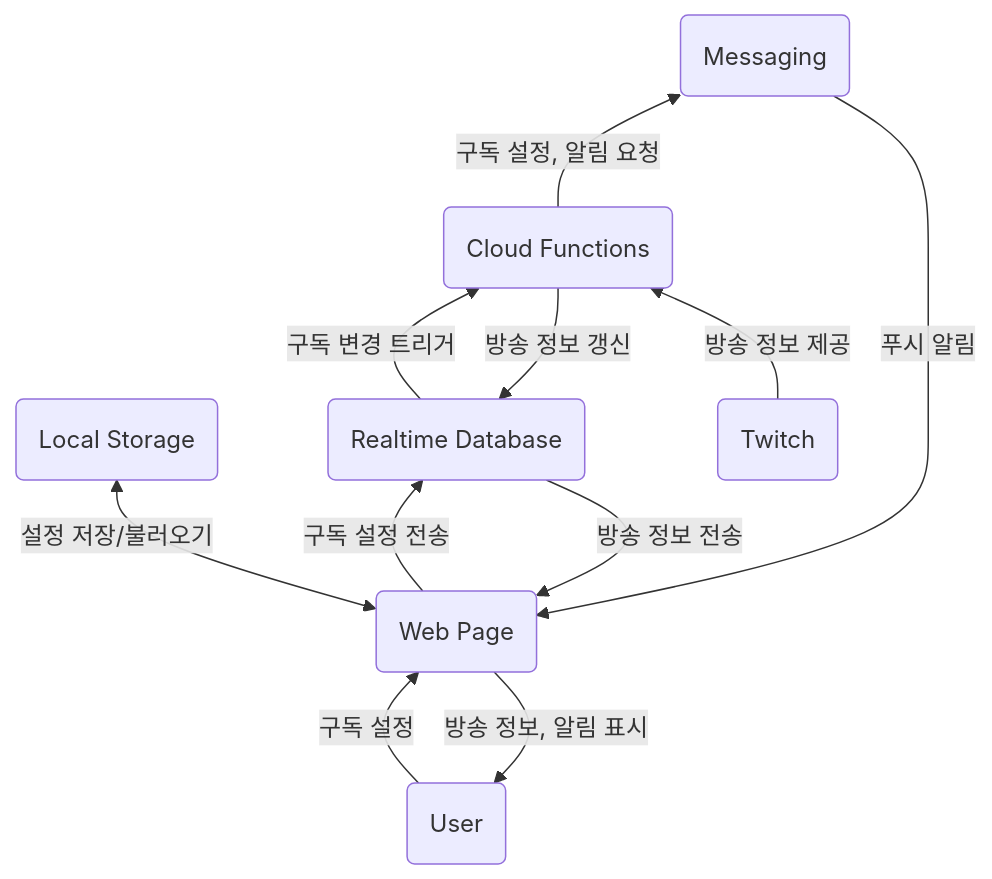
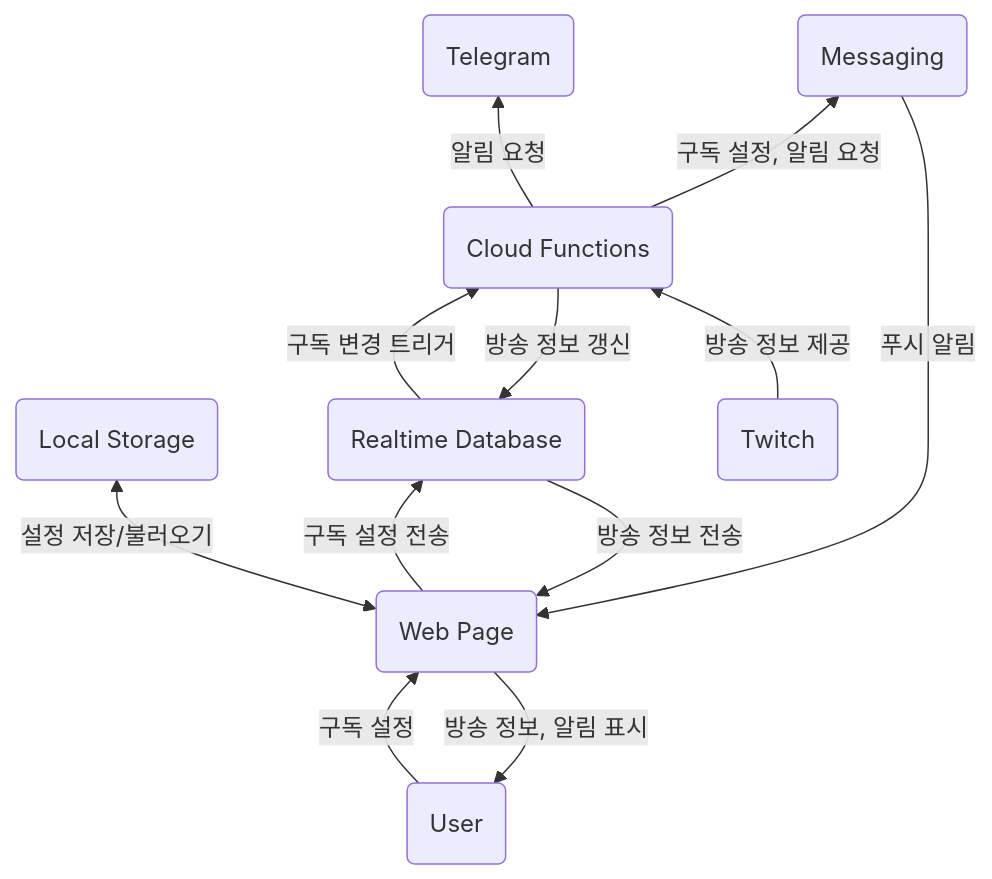
The diagram in README.md (NeuroWhAI/isekaidol-stream-noti), drawn with Mermaid before and after one commit. The commit also changed other lines of this file, not shown here.

Commit message:
📝 Add the Telegram channels to readme

````diff
--- a/README.md
+++ b/README.md
@@ -26,18 +37,19 @@
 ```mermaid
 flowchart BT
     U(User) -- 구독 설정 --> P(Web Page)
     P -- 방송 정보, 알림 표시 --> U
     
     P <-- 설정 저장/불러오기 --> S(Local Storage)
     
     P -- 구독 설정 전송 --> DB(Realtime Database)
     DB -- 방송 정보 전송 --> P
 
     DB -- 구독 변경 트리거 --> FN(Cloud Functions)
     FN -- 방송 정보 갱신 --> DB
 
+    FN -- 알림 요청 --> TG(Telegram)
     FN -- 구독 설정, 알림 요청 --> M(Messaging)
     TW(Twitch) -- 방송 정보 제공 --> FN
 
     M -- 푸시 알림 --> P
 ```
````
